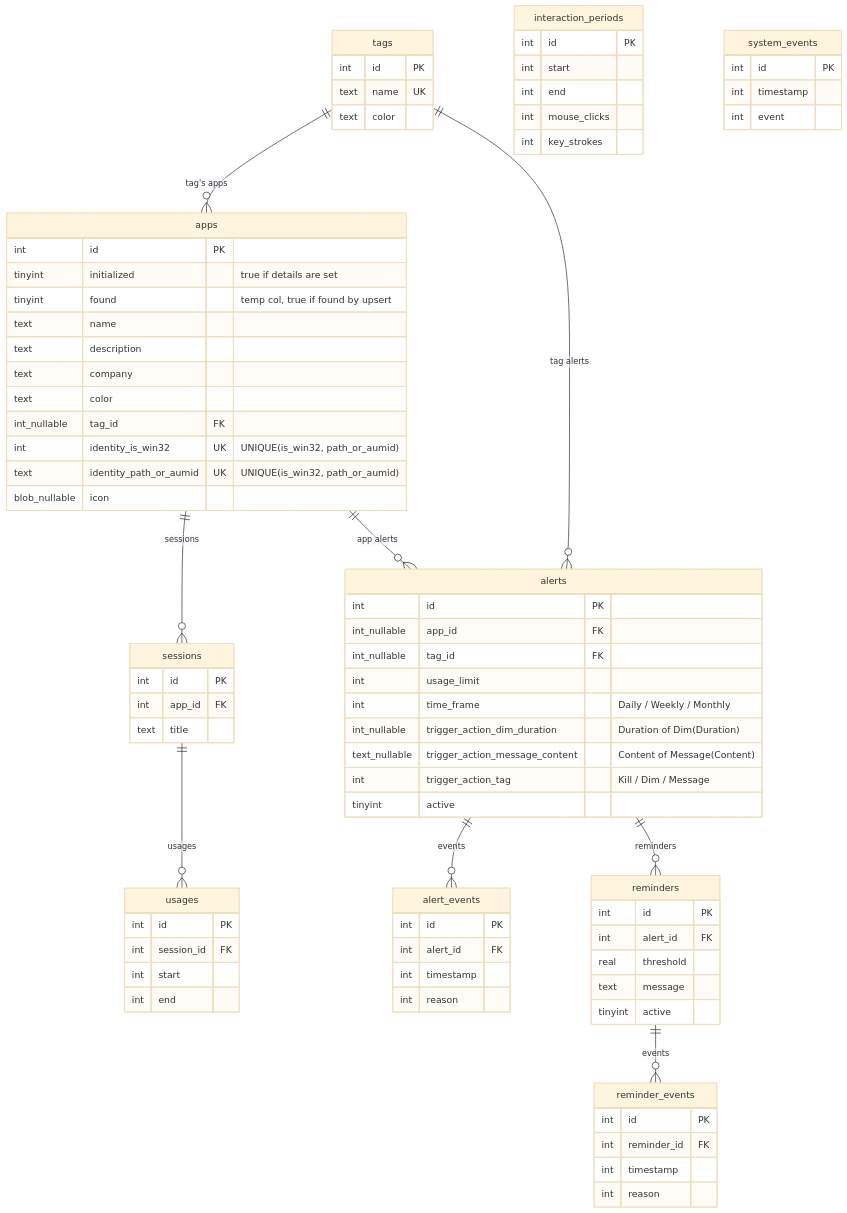
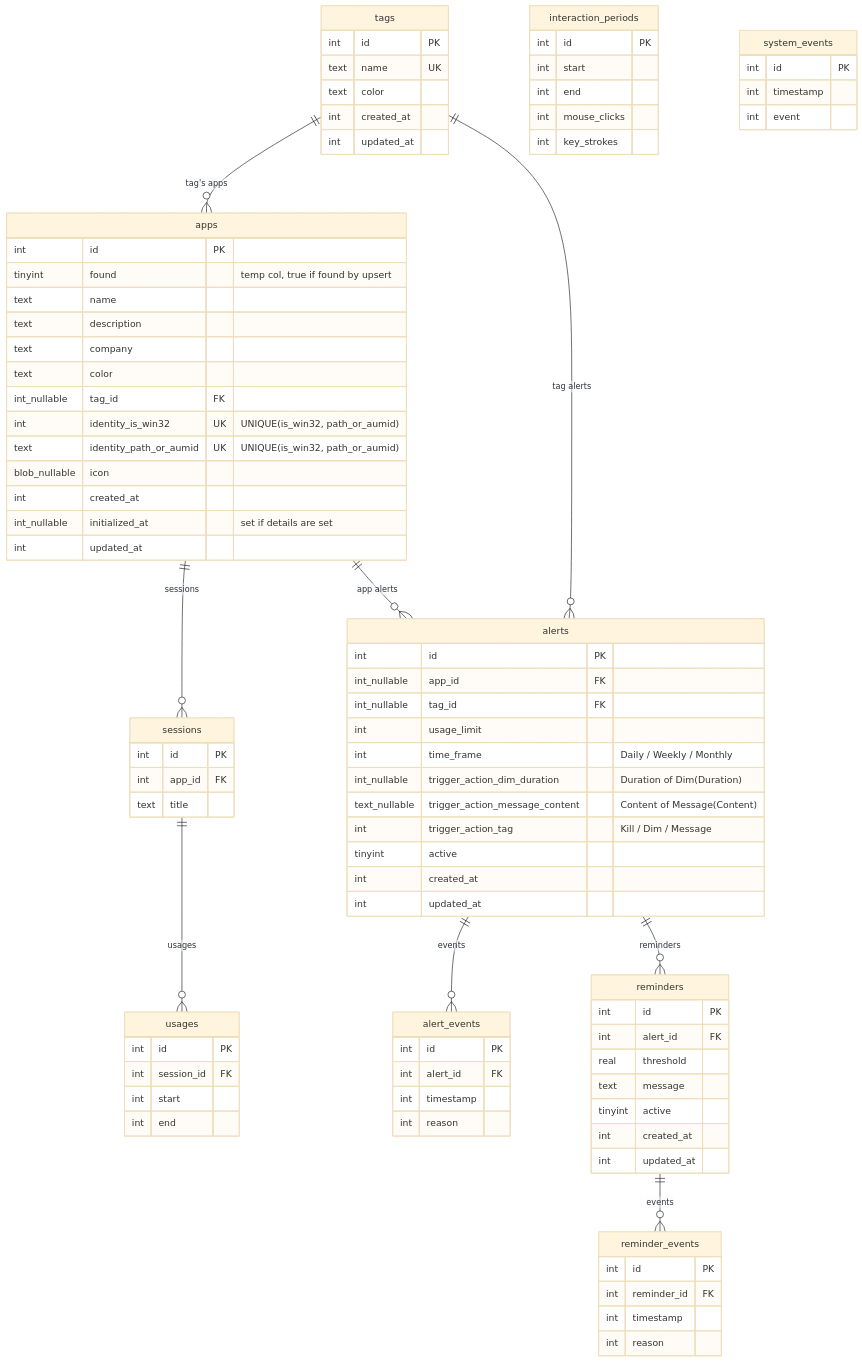
Before and after one commit to Enigmatrix/Cobalt: the second of 2 diagrams in docs/ARCHITECTURE.md, drawn with Mermaid (base theme). The commit also changed 6 other files, not shown here.

Commit message:
feat(data): add created,updated,initialized fields

```diff
--- a/docs/ARCHITECTURE.md
+++ b/docs/ARCHITECTURE.md
@@ -136,7 +136,6 @@
 erDiagram
     apps {
         int             id PK
-        tinyint         initialized "true if details are set"
         tinyint         found   "temp col, true if found by upsert"
         text            name
         text            description
@@ -146,12 +145,17 @@
         int             identity_is_win32     UK "UNIQUE(is_win32, path_or_aumid)"
         text            identity_path_or_aumid   UK "UNIQUE(is_win32, path_or_aumid)"
         blob_nullable   icon
+        int             created_at
+        int_nullable    initialized_at "set if details are set"
+        int             updated_at
     }
 
     tags {
         int             id PK
         text            name UK
         text            color
+        int             created_at
+        int             updated_at
     }
 
     sessions {
@@ -191,6 +195,8 @@
         text_nullable   trigger_action_message_content     "Content of Message(Content)"
         int             trigger_action_tag      "Kill / Dim / Message"
         tinyint         active
+        int             created_at
+        int             updated_at
     }
 
     alert_events {
@@ -206,6 +212,8 @@
         real            threshold
         text            message
         tinyint         active
+        int             created_at
+        int             updated_at
     }
 
     reminder_events {
```
